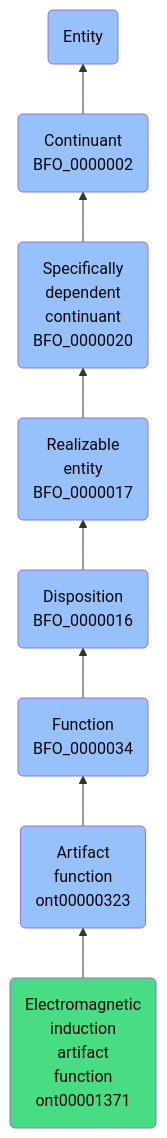
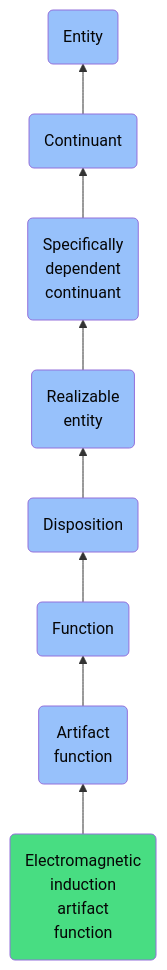
The diagram in docs/ontology/reference/model/Entity/Continuant/Specifically dependent continuant/Realizable entity/Disposition/Function/Artifact function/Electromagnetic induction artifact function/Electromagnetic induction artifact function.md (jupyter-naas/abi), drawn with Mermaid before and after one commit. The commit also changed other lines of this file and 1430 other files, not shown here.

````diff
--- a/docs/ontology/reference/model/Entity/Continuant/Specifically dependent continuant/Realizable entity/Disposition/Function/Artifact function/Electromagnetic induction artifact function/Electromagnetic induction artifact function.md
+++ b/docs/ontology/reference/model/Entity/Continuant/Specifically dependent continuant/Realizable entity/Disposition/Function/Artifact function/Electromagnetic induction artifact function/Electromagnetic induction artifact function.md
@@ -24,15 +24,15 @@
 ```mermaid
 graph BT
-    ont00001371(Electromagnetic<br>induction<br>artifact<br>function<br>ont00001371):::ABI-->ont00000323
-    ont00000323(Artifact<br>function<br>ont00000323):::BFO-->BFO_0000034
-    BFO_0000034(Function<br>BFO_0000034):::BFO-->BFO_0000016
-    BFO_0000016(Disposition<br>BFO_0000016):::BFO-->BFO_0000017
-    BFO_0000017(Realizable<br>entity<br>BFO_0000017):::BFO-->BFO_0000020
-    BFO_0000020(Specifically<br>dependent<br>continuant<br>BFO_0000020):::BFO-->BFO_0000002
-    BFO_0000002(Continuant<br>BFO_0000002):::BFO-->BFO_0000001
+    ont00001371(Electromagnetic<br>induction<br>artifact<br>function):::ABI-->ont00000323
+    ont00000323(Artifact<br>function):::BFO-->BFO_0000034
+    BFO_0000034(Function):::BFO-->BFO_0000016
+    BFO_0000016(Disposition):::BFO-->BFO_0000017
+    BFO_0000017(Realizable<br>entity):::BFO-->BFO_0000020
+    BFO_0000020(Specifically<br>dependent<br>continuant):::BFO-->BFO_0000002
+    BFO_0000002(Continuant):::BFO-->BFO_0000001
     BFO_0000001(Entity):::BFO
     
     classDef BFO fill:#97c1fb,color:#060606
     classDef CCO fill:#e4c51e,color:#060606
     classDef ABI fill:#48DD82,color:#060606
 ```
````
